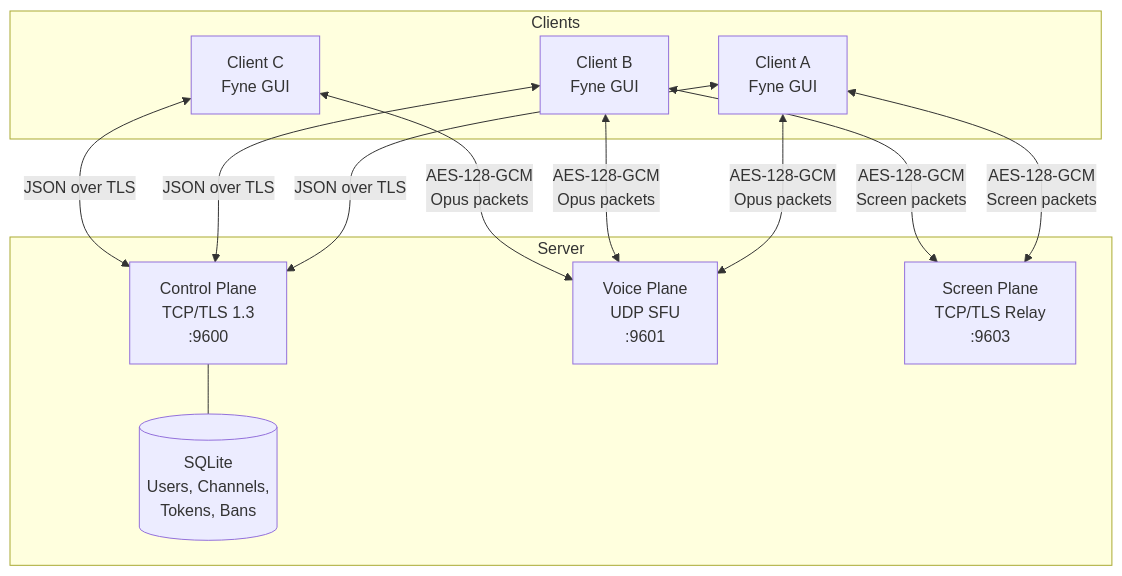
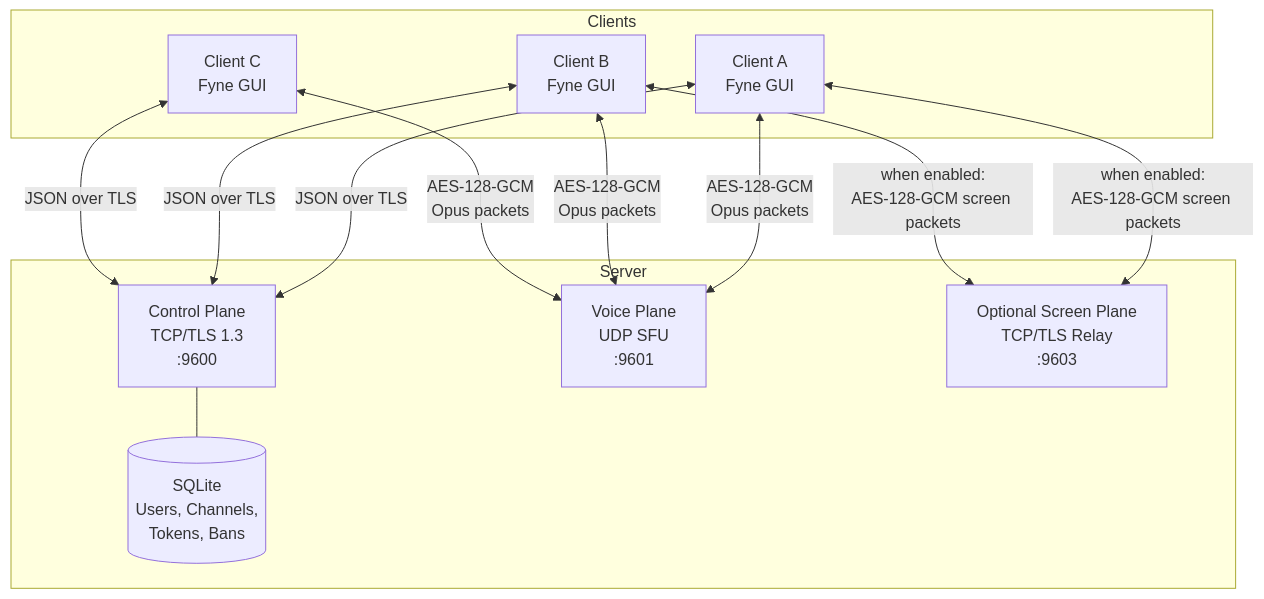
Before and after one commit to NicolasHaas/gospeak: the first of 5 diagrams in docs/architecture.md, drawn with Mermaid. The commit also changed other lines of this file and 9 other files, not shown here.

````diff
--- a/docs/architecture.md
+++ b/docs/architecture.md
@@ -7,28 +7,28 @@
 ```mermaid
 graph TB
     subgraph Clients
         C1[Client A<br/>Fyne GUI]
         C2[Client B<br/>Fyne GUI]
         C3[Client C<br/>Fyne GUI]
     end
 
     subgraph Server
         CTRL[Control Plane<br/>TCP/TLS 1.3<br/>:9600]
         SFU[Voice Plane<br/>UDP SFU<br/>:9601]
-        SCR[Screen Plane<br/>TCP/TLS Relay<br/>:9603]
+        SCR[Optional Screen Plane<br/>TCP/TLS Relay<br/>:9603]
         DB[(SQLite<br/>Users, Channels,<br/>Tokens, Bans)]
     end
 
     C1 <-->|JSON over TLS| CTRL
     C2 <-->|JSON over TLS| CTRL
     C3 <-->|JSON over TLS| CTRL
 
     C1 <-->|AES-128-GCM<br/>Opus packets| SFU
     C2 <-->|AES-128-GCM<br/>Opus packets| SFU
     C3 <-->|AES-128-GCM<br/>Opus packets| SFU
 
-    C1 <-->|AES-128-GCM<br/>Screen packets| SCR
-    C2 <-->|AES-128-GCM<br/>Screen packets| SCR
+    C1 <-->|when enabled:<br/>AES-128-GCM screen packets| SCR
+    C2 <-->|when enabled:<br/>AES-128-GCM screen packets| SCR
 
     CTRL --- DB
 ```
````
